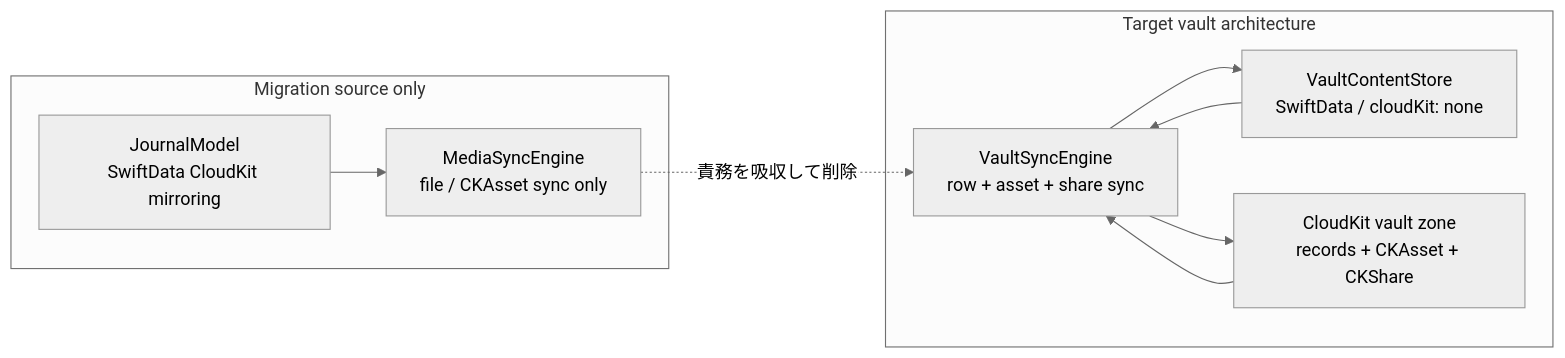
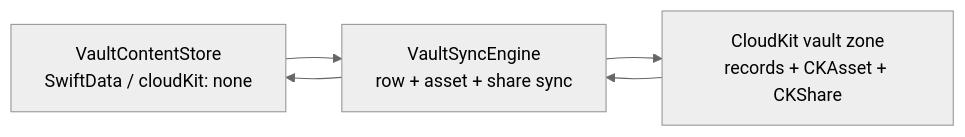
The third of 9 diagrams in Apps/Journal/docs/VAULT_SYNC_DESIGN.md (muukii/MuApps), drawn with Mermaid (neutral theme) before and after one commit. The commit also changed other lines of this file and 95 other files, not shown here.

````diff
--- a/Apps/Journal/docs/VAULT_SYNC_DESIGN.md
+++ b/Apps/Journal/docs/VAULT_SYNC_DESIGN.md
@@ -127,20 +132,10 @@
 ```mermaid
 flowchart LR
-  subgraph Legacy["Migration source only"]
-    LegacyStore["JournalModel<br/>SwiftData CloudKit mirroring"]
-    MediaSync["MediaSyncEngine<br/>file / CKAsset sync only"]
-    LegacyStore --> MediaSync
-  end
-
-  subgraph Target["Target vault architecture"]
-    VaultStore["VaultContentStore<br/>SwiftData / cloudKit: none"]
-    VaultSync["VaultSyncEngine<br/>row + asset + share sync"]
-    Zone["CloudKit vault zone<br/>records + CKAsset + CKShare"]
-    VaultStore --> VaultSync
-    VaultSync --> Zone
-    Zone --> VaultSync
-    VaultSync --> VaultStore
-  end
-
-  MediaSync -.->|"責務を吸収して削除"| VaultSync
+  VaultStore["VaultContentStore<br/>SwiftData / cloudKit: none"]
+  VaultSync["VaultSyncEngine<br/>row + asset + share sync"]
+  Zone["CloudKit vault zone<br/>records + CKAsset + CKShare"]
+  VaultStore --> VaultSync
+  VaultSync --> Zone
+  Zone --> VaultSync
+  VaultSync --> VaultStore
 ```
````
